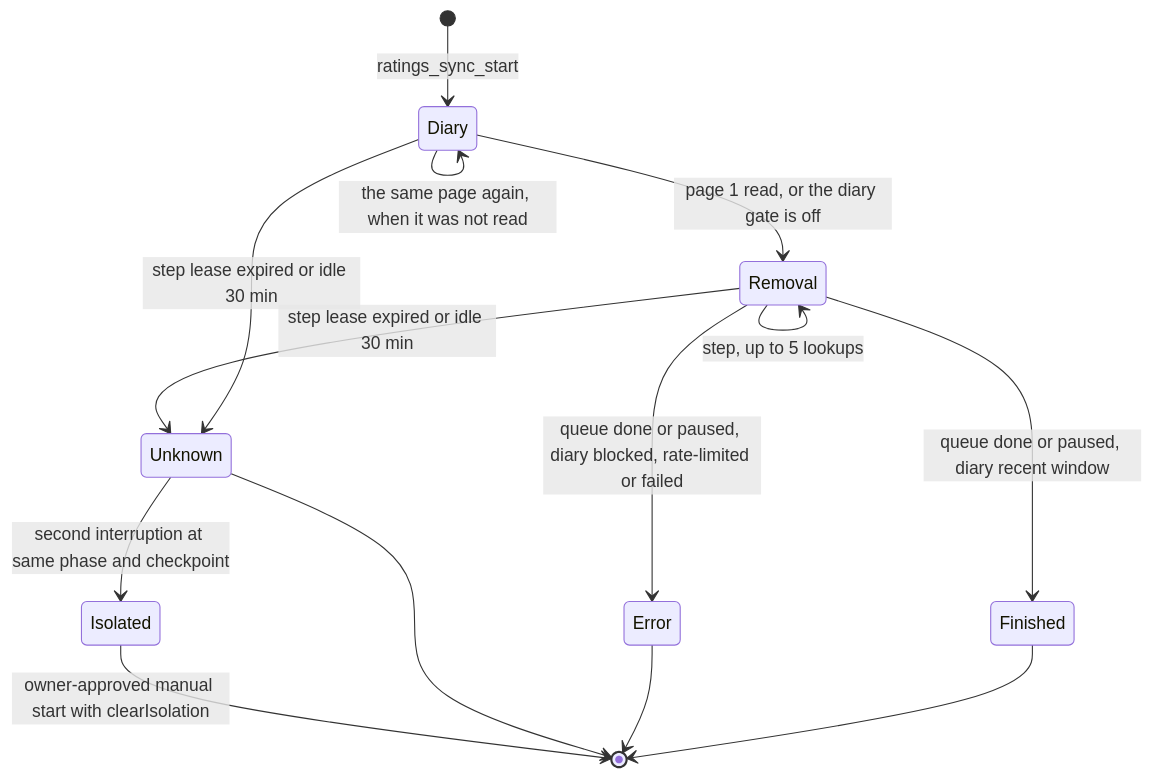
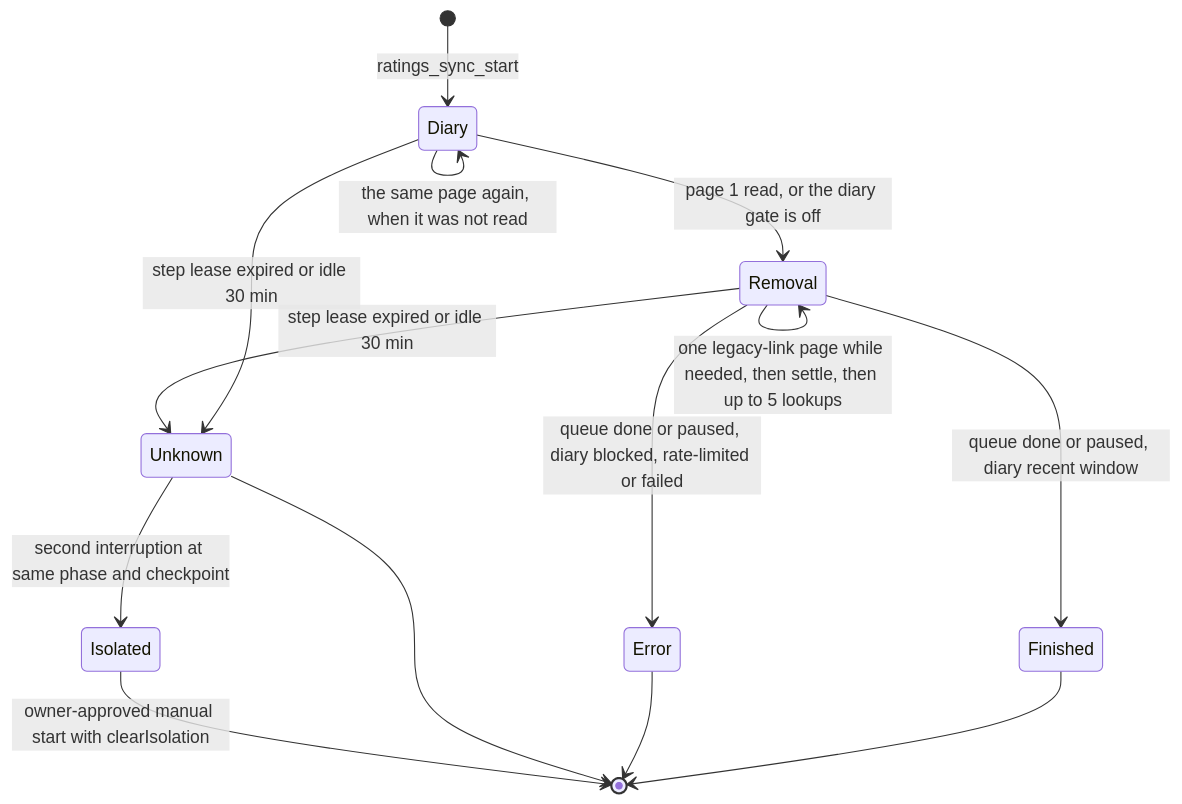
Before and after one commit to vladimino/iptv-watchlist: the third of 3 diagrams in docs/architecture/scheduling-and-orchestration.md, drawn with Mermaid. The commit also changed other lines of this file and 16 other files, not shown here.

First line of the commit message:
Link rated legacy removal entries to existing events

````diff
--- a/docs/architecture/scheduling-and-orchestration.md
+++ b/docs/architecture/scheduling-and-orchestration.md
@@ -138,16 +142,16 @@
 ```mermaid
 stateDiagram-v2
     [*] --> Diary: ratings_sync_start
     Diary --> Diary: the same page again, when it was not read
     Diary --> Removal: page 1 read, or the diary gate is off
-    Removal --> Removal: step, up to 5 lookups
+    Removal --> Removal: one legacy-link page while needed, then settle, then up to 5 lookups
     Removal --> Finished: queue done or paused, diary recent window
     Removal --> Error: queue done or paused, diary blocked, rate-limited or failed
     Diary --> Unknown: step lease expired or idle 30 min
     Removal --> Unknown: step lease expired or idle 30 min
     Unknown --> Isolated: second interruption at same phase and checkpoint
     Finished --> [*]
     Error --> [*]
     Unknown --> [*]
     Isolated --> [*]: owner-approved manual start with clearIsolation
 ```
````
